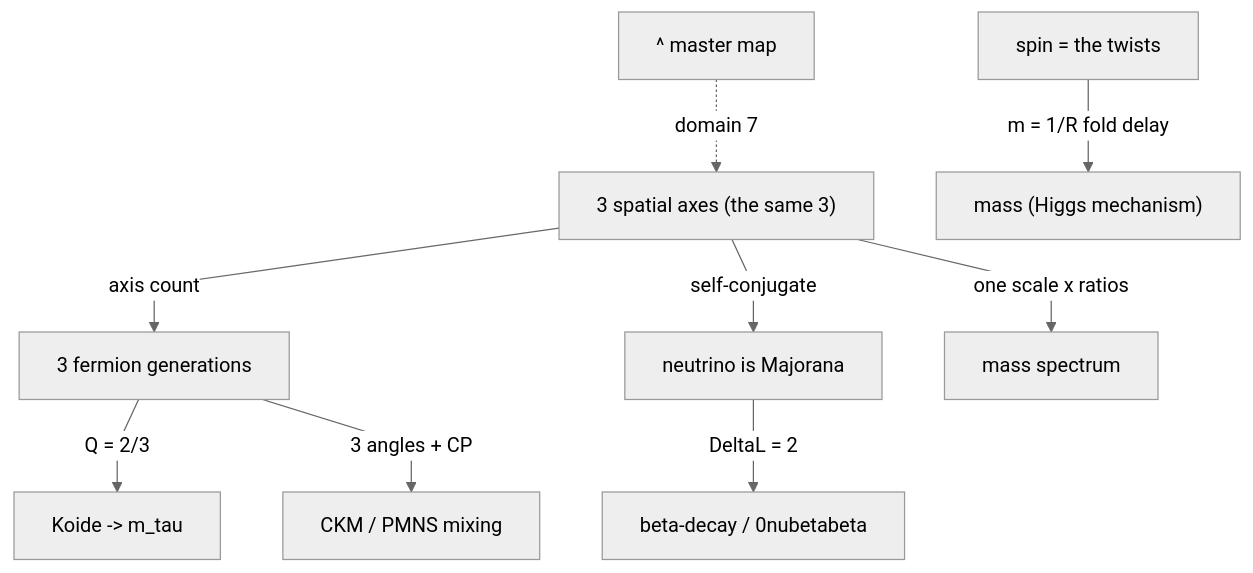
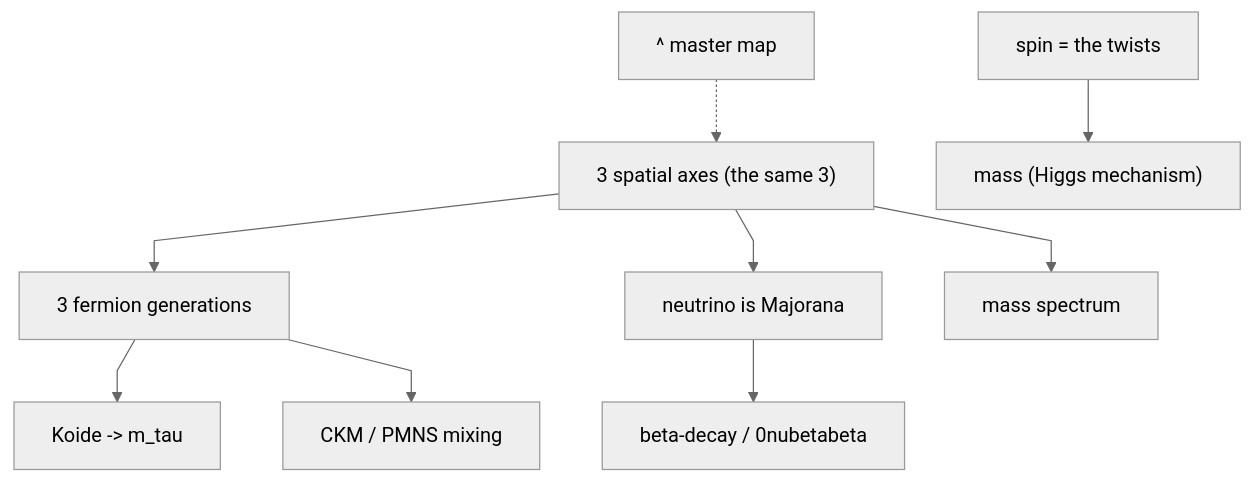
One commit to jimscarver/quantum-logical-framework changed the eighth of 11 diagrams in FlowChart.md. Above: the diagram before and after it, drawn with Mermaid. The commit also changed other lines of this file, not shown here.

First line of the commit message:
FlowChart.md: remove edge labels, move connectors to text legends (definitive GitHub render fix)

````diff
--- a/FlowChart.md
+++ b/FlowChart.md
@@ -160,12 +174,12 @@
 ```mermaid
 %%{init: {"theme":"neutral", "flowchart": {"curve": "linear"}}}%%
 flowchart TD
-  H7["^ master map"] -.->|"domain 7"| TH["3 spatial axes (the same 3)"]
-  TH -->|"axis count"| GEN["3 fermion generations"]
-  GEN -->|"Q = 2/3"| KO["Koide -> m_tau"]
-  GEN -->|"3 angles + CP"| MX["CKM / PMNS mixing"]
-  TH -->|"self-conjugate"| NU["neutrino is Majorana"]
-  NU -->|"DeltaL = 2"| BD["beta-decay / 0nubetabeta"]
-  TH -->|"one scale x ratios"| MS["mass spectrum"]
-  SP["spin = the twists"] -->|"m = 1/R fold delay"| HG["mass (Higgs mechanism)"]
+  H7["^ master map"] -.-> TH["3 spatial axes (the same 3)"]
+  TH --> GEN["3 fermion generations"]
+  GEN --> KO["Koide -> m_tau"]
+  GEN --> MX["CKM / PMNS mixing"]
+  TH --> NU["neutrino is Majorana"]
+  NU --> BD["beta-decay / 0nubetabeta"]
+  TH --> MS["mass spectrum"]
+  SP["spin = the twists"] --> HG["mass (Higgs mechanism)"]
 ```
````
